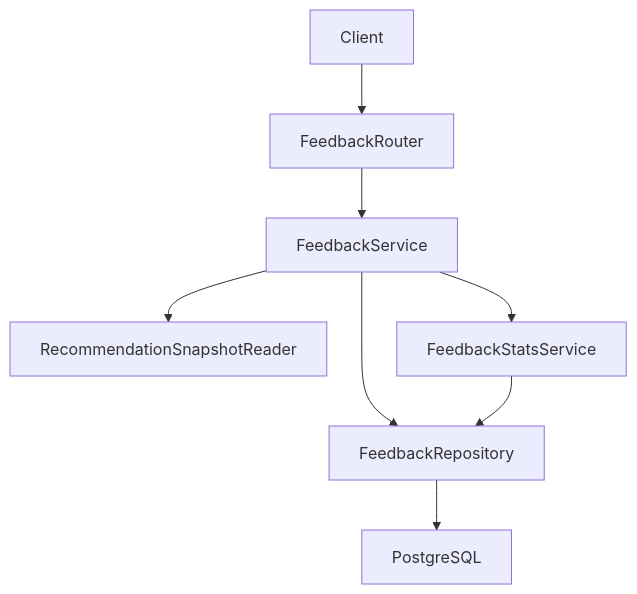
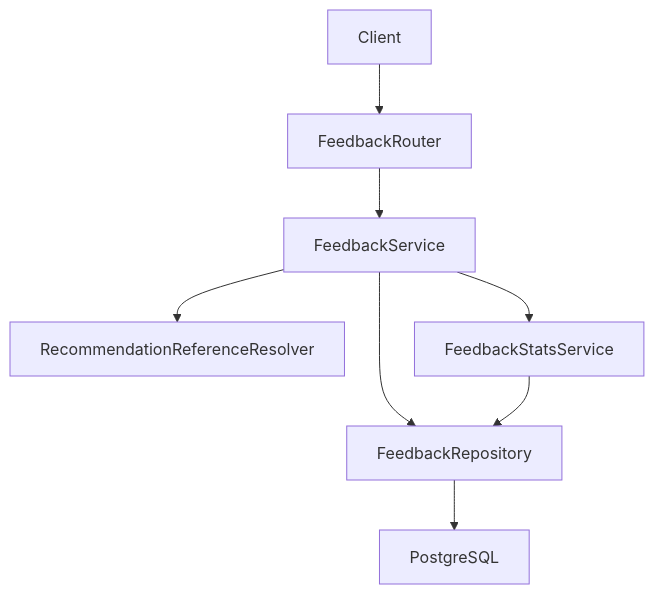
One commit to aierdong/a3-cbr changed the first of 6 diagrams in .kiro/specs/recommendation-feedback/design.md. Above: the diagram before and after it, drawn with Mermaid. The commit also changed other lines of this file and 4 other files, not shown here.

````diff
--- a/.kiro/specs/recommendation-feedback/design.md
+++ b/.kiro/specs/recommendation-feedback/design.md
@@ -62,10 +84,10 @@
 ```mermaid
 flowchart TB
     Client[Client] --> Router[FeedbackRouter]
     Router --> Service[FeedbackService]
-    Service --> Reader[RecommendationSnapshotReader]
+    Service --> Resolver[RecommendationReferenceResolver]
     Service --> Repository[FeedbackRepository]
     Service --> Stats[FeedbackStatsService]
     Repository --> Database[PostgreSQL]
     Stats --> Repository
 ```
````
